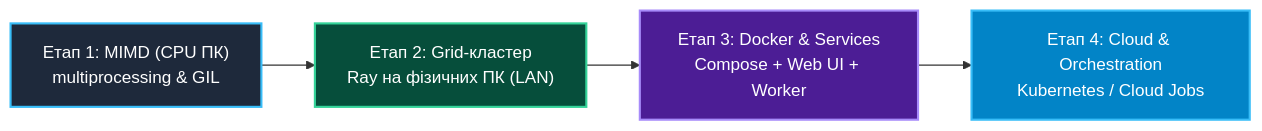
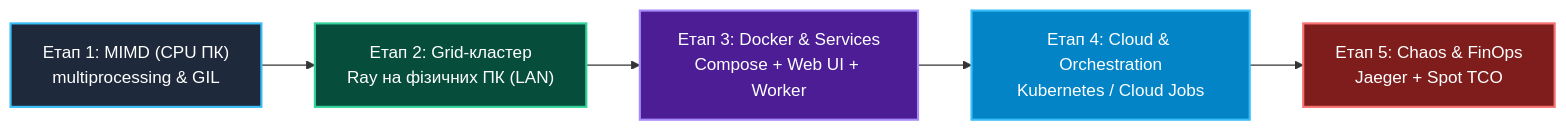
One commit to vplanto/cloud_grid changed the sixth of 6 diagrams in docs/n01_power_grid_project.md. Above: the diagram before and after it, drawn with Mermaid. The commit also changed other lines of this file and 11 other files, not shown here.

````diff
--- a/docs/n01_power_grid_project.md
+++ b/docs/n01_power_grid_project.md
@@ -547,11 +547,13 @@
 ```mermaid
 flowchart LR
     E1["Етап 1: MIMD (CPU ПК)<br>multiprocessing & GIL"] --> E2["Етап 2: Grid-кластер<br>Ray на фізичних ПК (LAN)"]
     E2 --> E3["Етап 3: Docker & Services<br>Compose + Web UI + Worker"]
     E3 --> E4["Етап 4: Cloud & Orchestration<br>Kubernetes / Cloud Jobs"]
+    E4 --> E5["Етап 5: Chaos & FinOps<br>Jaeger + Spot TCO"]
 
     style E1 fill:#1e293b,color:#fff,stroke:#38bdf8,stroke-width:2px
     style E2 fill:#064e3b,color:#fff,stroke:#34d399,stroke-width:2px
     style E3 fill:#4c1d95,color:#fff,stroke:#a78bfa,stroke-width:2px
     style E4 fill:#0284c7,color:#fff,stroke:#38bdf8,stroke-width:2px
+    style E5 fill:#7f1d1d,color:#fff,stroke:#f87171,stroke-width:2px
 ```
````
